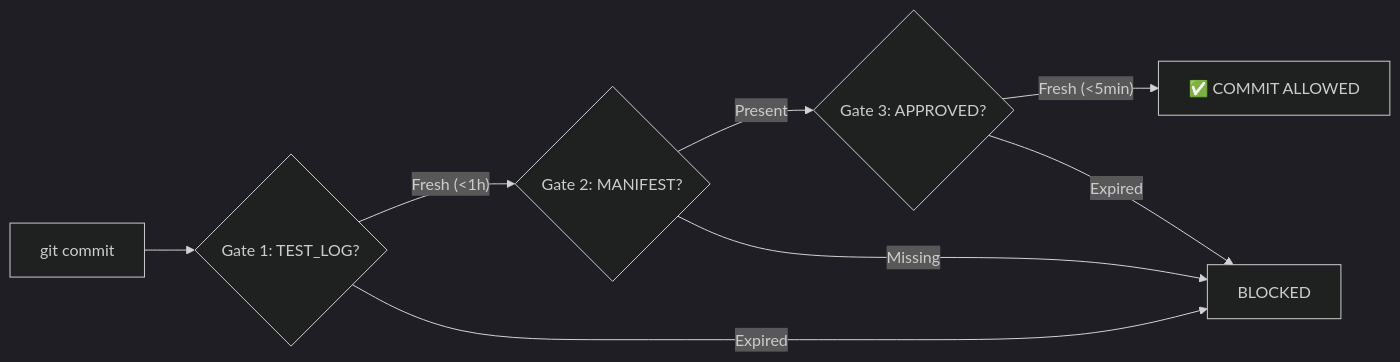
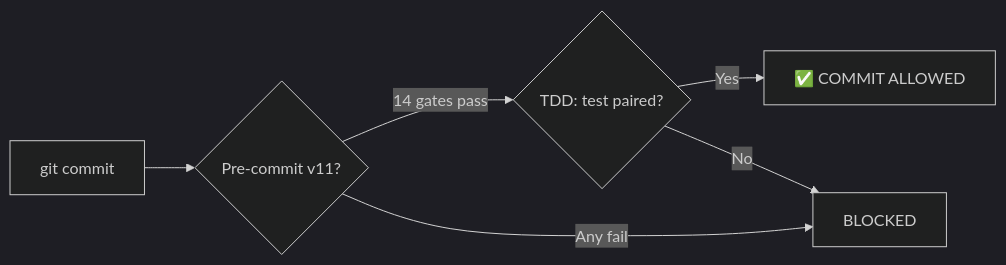
The eighth of 9 diagrams in PATTERNS.md (juandelossantos/another-agent-skills), drawn with Mermaid (dark theme) before and after one commit. The commit also changed other lines of this file and 85 other files, not shown here.

````diff
--- a/PATTERNS.md
+++ b/PATTERNS.md
@@ -204,10 +204,8 @@
 ```mermaid
 flowchart LR
-    A["git commit"] --> B{"Gate 1: TEST_LOG?"}
-    B -->|"Fresh (<1h)"| C{"Gate 2: MANIFEST?"}
-    B -->|"Expired"| Z["BLOCKED"]
-    C -->|"Present"| D{"Gate 3: APPROVED?"}
-    C -->|"Missing"| Z
-    D -->|"Fresh (<5min)"| E["✅ COMMIT ALLOWED"]
-    D -->|"Expired"| Z
+    A["git commit"] --> B{"Pre-commit v11?"}
+    B -->|"14 gates pass"| C{"TDD: test paired?"}
+    B -->|"Any fail"| Z["BLOCKED"]
+    C -->|"Yes"| E["✅ COMMIT ALLOWED"]
+    C -->|"No"| Z
 ```
````
